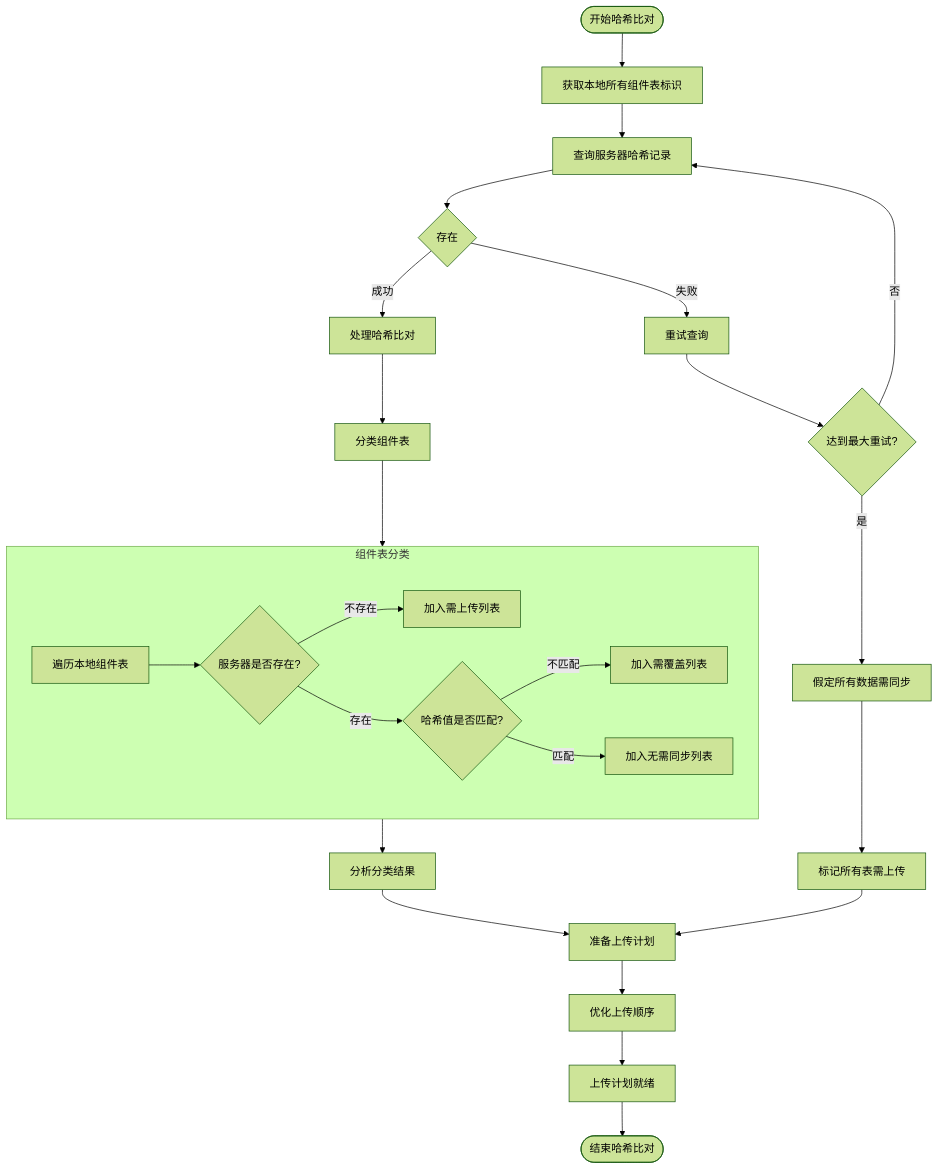
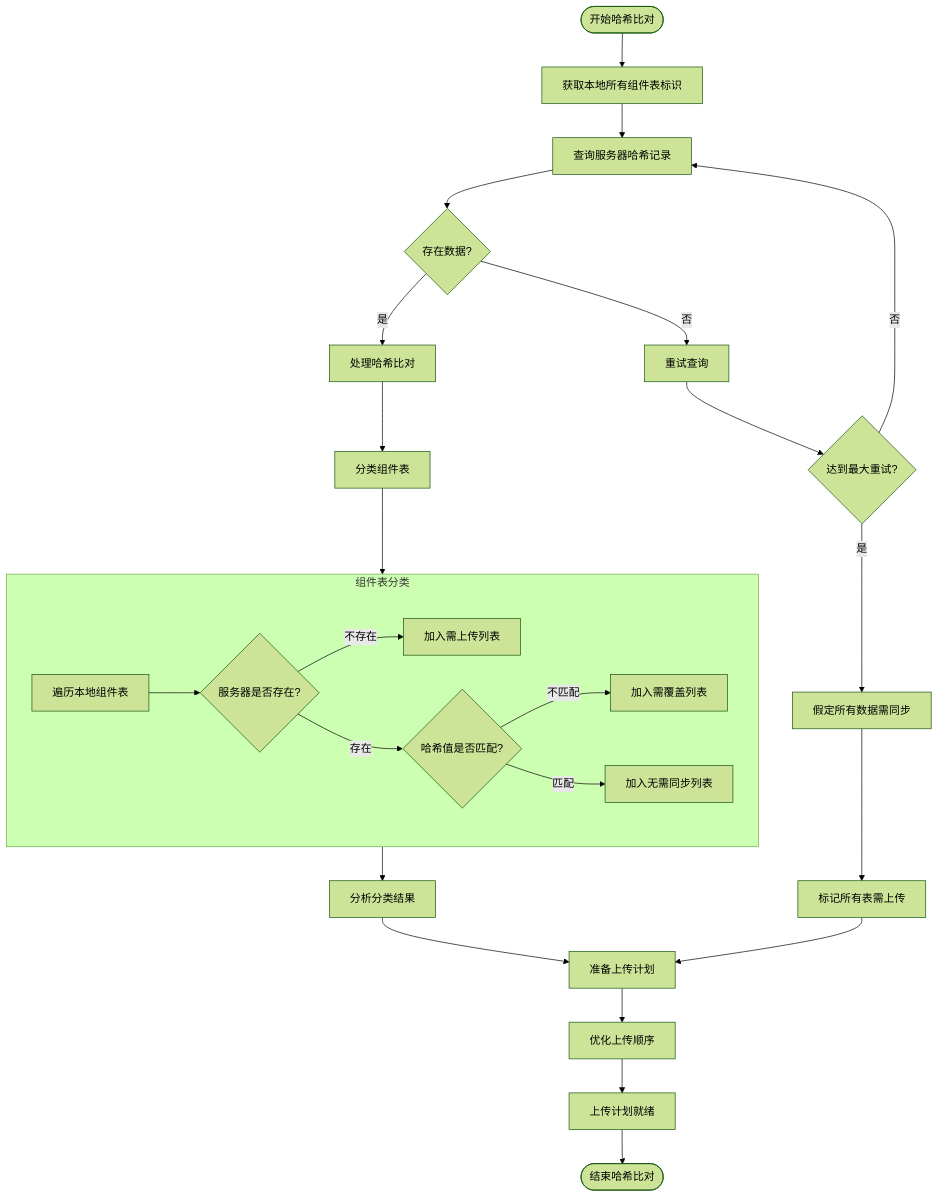
The diagram in all/未命名-50.md (yingjianzh/iodraw-files), drawn with Mermaid (forest theme) before and after one commit.

Commit message:
2025-05-08 17:46:00 update

````diff
--- a/all/未命名-50.md
+++ b/all/未命名-50.md
@@ -1,35 +1,35 @@
 ```mermaid
 flowchart TD
     Start([开始哈希比对]) --> GetLocalTables[获取本地所有组件表标识]
     GetLocalTables --> QueryServer[查询服务器哈希记录]
     
-    QueryServer --> ServerResponse{存在}
-    ServerResponse -->|成功| ProcessHashComparison[处理哈希比对]
-    ServerResponse -->|失败| RetryServer[重试查询]
+    QueryServer --> ServerResponse{存在数据?}
+    ServerResponse -->|是| ProcessHashComparison[处理哈希比对]
+    ServerResponse -->|否| RetryServer[重试查询]
     
     RetryServer --> MaxRetries{达到最大重试?}
     MaxRetries -->|否| QueryServer
     MaxRetries -->|是| AssumeAllNew[假定所有数据需同步]
     
     ProcessHashComparison --> CategorizeResults[分类组件表]
     
     subgraph Categorization [组件表分类]
         C1[遍历本地组件表] --> C2{服务器是否存在?}
         C2 -->|不存在| C3[加入需上传列表]
         C2 -->|存在| C4{哈希值是否匹配?}
         C4 -->|不匹配| C5[加入需覆盖列表]
         C4 -->|匹配| C6[加入无需同步列表]
     end
     
     CategorizeResults --> Categorization
     AssumeAllNew --> FlagAllForUpload[标记所有表需上传]
     
     Categorization --> AnalyzeResults[分析分类结果]
     FlagAllForUpload --> PrepareUploadPlan[准备上传计划]
     
     AnalyzeResults --> PrepareUploadPlan
     PrepareUploadPlan --> OptimizeOrder[优化上传顺序]
     
     OptimizeOrder --> PlanReady[上传计划就绪]
     PlanReady --> End([结束哈希比对])
 ```
````
